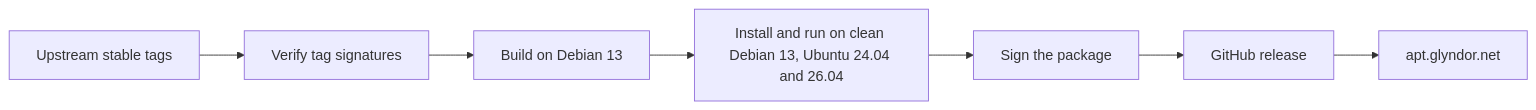
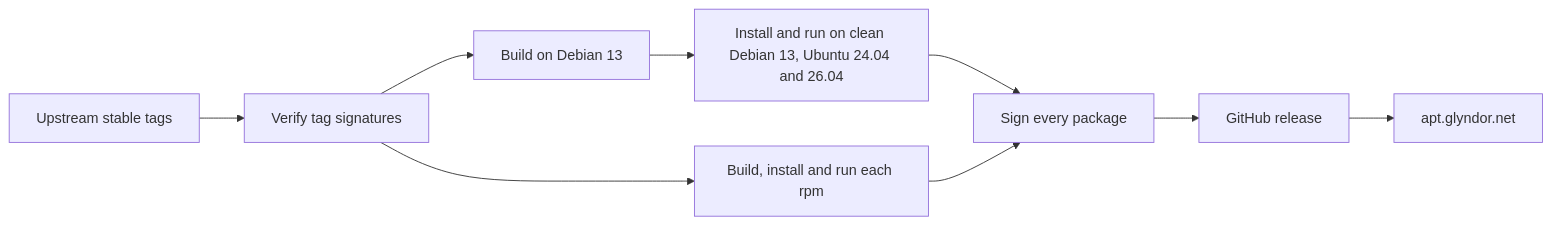
The diagram in README.md (Glyndor/podman), drawn with Mermaid before and after one commit. The commit also changed other lines of this file and 47 other files, not shown here.

First line of the commit message:
feat(release): build, sign, attest and attach the rpm packages

````diff
--- a/README.md
+++ b/README.md
@@ -51,9 +51,11 @@
 ```mermaid
 flowchart LR
   A[Upstream stable tags] --> B[Verify tag signatures]
   B --> C[Build on Debian 13]
   C --> D[Install and run on clean Debian 13, Ubuntu 24.04 and 26.04]
-  D --> E[Sign the package]
+  B --> R[Build, install and run each rpm]
+  D --> E[Sign every package]
+  R --> E
   E --> F[GitHub release]
   F --> G[apt.glyndor.net]
 ```
````
